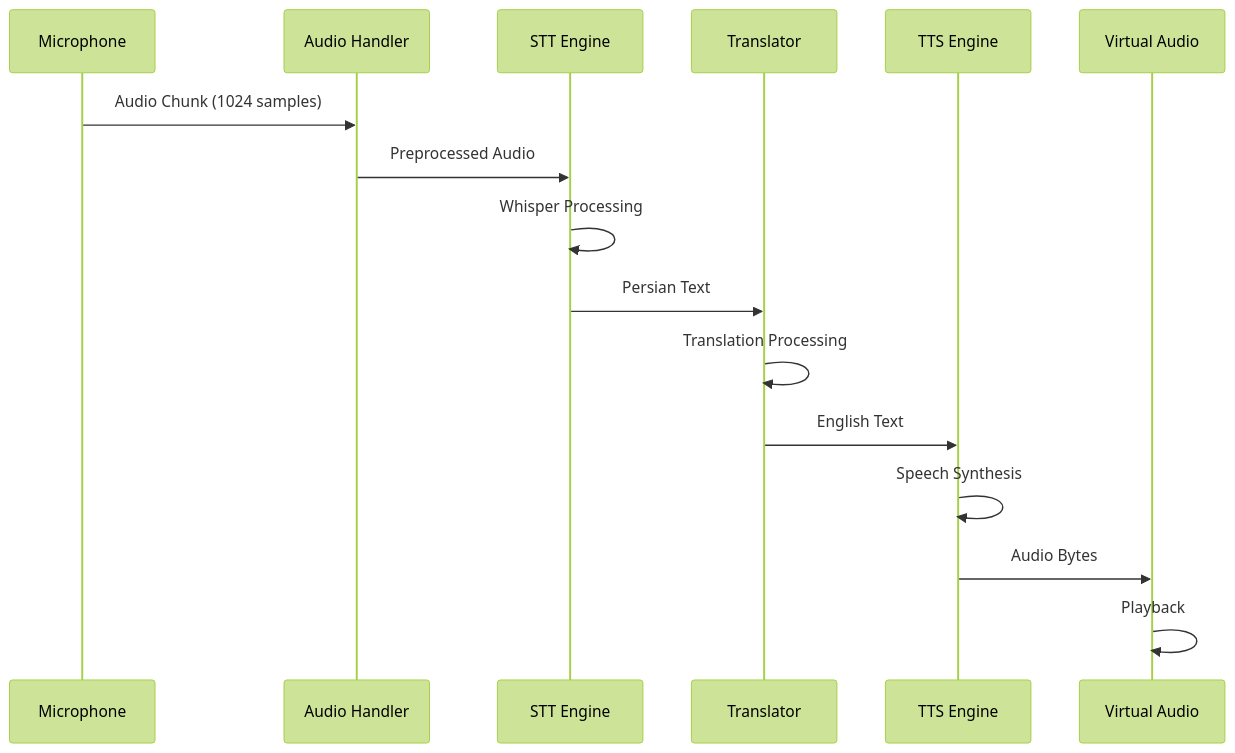
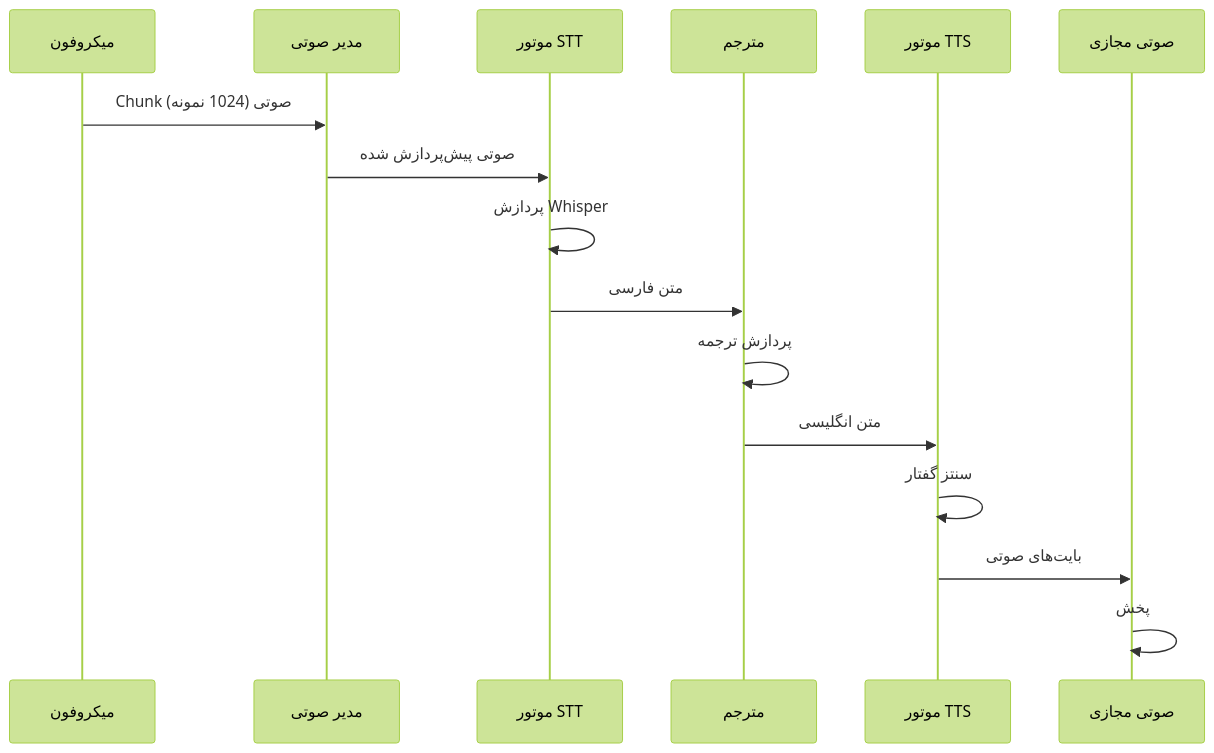
Before and after one commit to SirTypeOfficial/LinguaStream: the second of 3 diagrams in ARCHITECTURE.md, drawn with Mermaid (forest theme). The commit also changed other lines of this file and 7 other files, not shown here.

Commit message:
Translate API and architecture documentation to Persian, update README and contributing guidelines, and enhance deployment instructions for VoiceBridge. Add configuration settings for voice cloning and system requirements.

````diff
--- a/ARCHITECTURE.md
+++ b/ARCHITECTURE.md
@@ -117,19 +129,19 @@
 ```mermaid
 sequenceDiagram
-    participant M as Microphone
-    participant AH as Audio Handler
-    participant STT as STT Engine
-    participant TR as Translator
-    participant TTS as TTS Engine
-    participant VA as Virtual Audio
+    participant M as میکروفون
+    participant AH as مدیر صوتی
+    participant STT as موتور STT
+    participant TR as مترجم
+    participant TTS as موتور TTS
+    participant VA as صوتی مجازی
     
-    M->>AH: Audio Chunk (1024 samples)
-    AH->>STT: Preprocessed Audio
-    STT->>STT: Whisper Processing
-    STT->>TR: Persian Text
-    TR->>TR: Translation Processing
-    TR->>TTS: English Text
-    TTS->>TTS: Speech Synthesis
-    TTS->>VA: Audio Bytes
-    VA->>VA: Playback
+    M->>AH: Chunk صوتی (1024 نمونه)
+    AH->>STT: صوتی پیش‌پردازش شده
+    STT->>STT: پردازش Whisper
+    STT->>TR: متن فارسی
+    TR->>TR: پردازش ترجمه
+    TR->>TTS: متن انگلیسی
+    TTS->>TTS: سنتز گفتار
+    TTS->>VA: بایت‌های صوتی
+    VA->>VA: پخش
 ```
````
